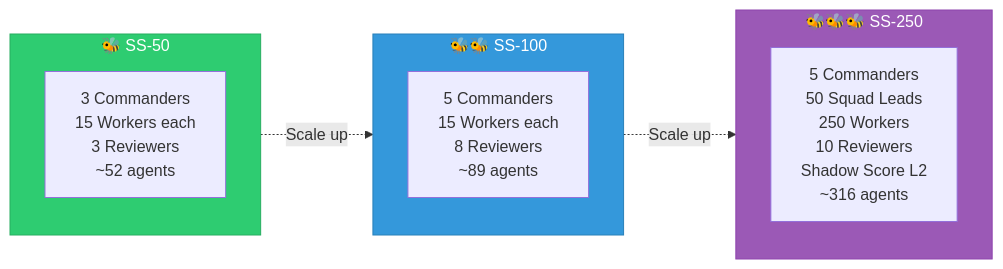
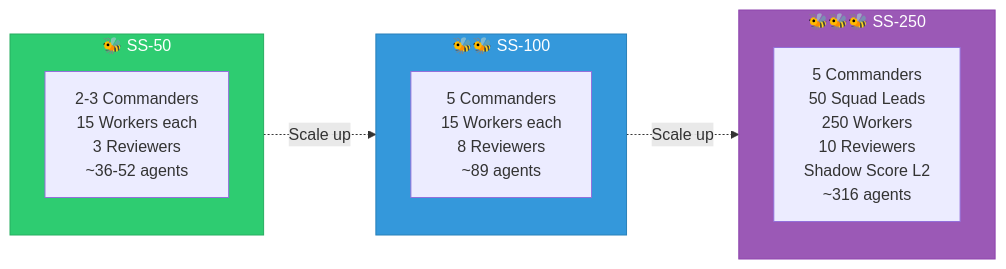
Before and after one commit to DUBSOpenHub/swarm-command: the seventh of 7 diagrams in docs/architecture-diagrams.md, drawn with Mermaid. The commit also changed 14 other files, not shown here.

````diff
--- a/docs/architecture-diagrams.md
+++ b/docs/architecture-diagrams.md
@@ -238,21 +238,21 @@
 ```mermaid
 graph LR
     subgraph SS50["🐝 SS-50"]
-        A50["3 Commanders<br/>15 Workers each<br/>3 Reviewers<br/>~52 agents"]
+        A50["2-3 Commanders<br/>15 Workers each<br/>3 Reviewers<br/>~36-52 agents"]
     end
 
     subgraph SS100["🐝🐝 SS-100"]
         A100["5 Commanders<br/>15 Workers each<br/>8 Reviewers<br/>~89 agents"]
     end
 
     subgraph SS250["🐝🐝🐝 SS-250"]
         A250["5 Commanders<br/>50 Squad Leads<br/>250 Workers<br/>10 Reviewers<br/>Shadow Score L2<br/>~316 agents"]
     end
 
     SS50 -.->|"Scale up"| SS100
     SS100 -.->|"Scale up"| SS250
 
     style SS50 fill:#2ecc71,stroke:#27ae60,color:#fff
     style SS100 fill:#3498db,stroke:#2980b9,color:#fff
     style SS250 fill:#9b59b6,stroke:#8e44ad,color:#fff
 ```
````
